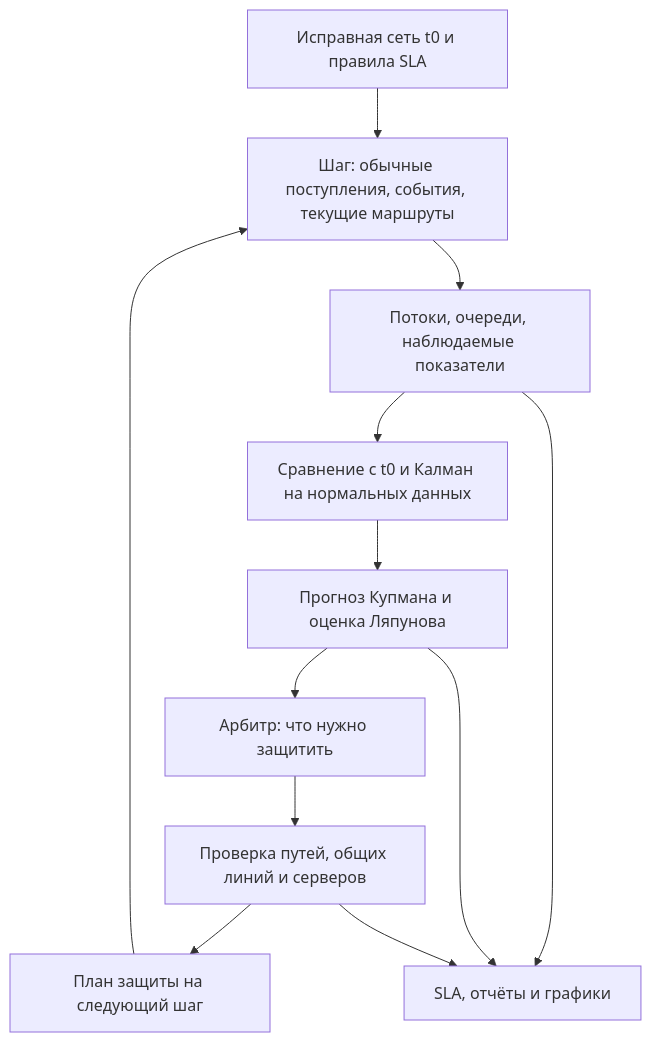
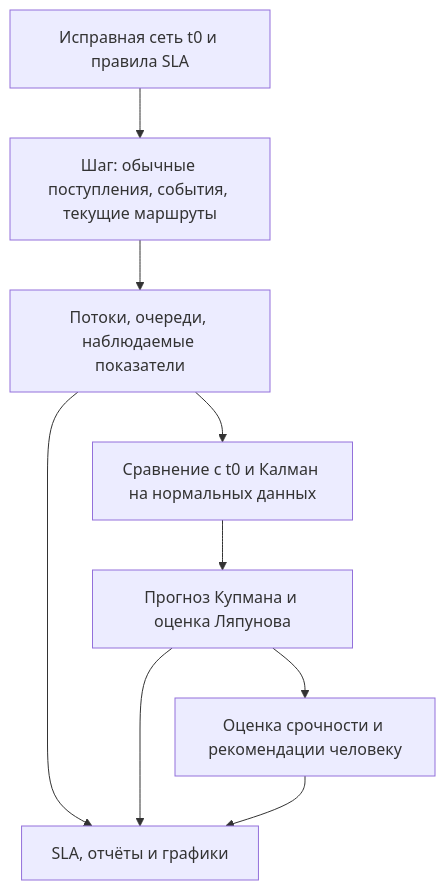
Before and after one commit to RusakovD3/9gnet: the diagram in doc/full_project_explanation_ru.md, drawn with Mermaid. The commit also changed other lines of this file and 49 other files, not shown here.

````diff
--- a/doc/full_project_explanation_ru.md
+++ b/doc/full_project_explanation_ru.md
@@ -40,14 +40,11 @@
 ```mermaid
 flowchart TD
     A["Исправная сеть t0 и правила SLA"] --> B["Шаг: обычные поступления, события, текущие маршруты"]
     B --> C["Потоки, очереди, наблюдаемые показатели"]
     C --> D["Сравнение с t0 и Калман на нормальных данных"]
     D --> E["Прогноз Купмана и оценка Ляпунова"]
-    E --> F["Арбитр: что нужно защитить"]
-    F --> G["Проверка путей, общих линий и серверов"]
-    G --> H["План защиты на следующий шаг"]
-    H --> B
+    E --> F["Оценка срочности и рекомендации человеку"]
     C --> I["SLA, отчёты и графики"]
     E --> I
-    G --> I
+    F --> I
 ```
````
